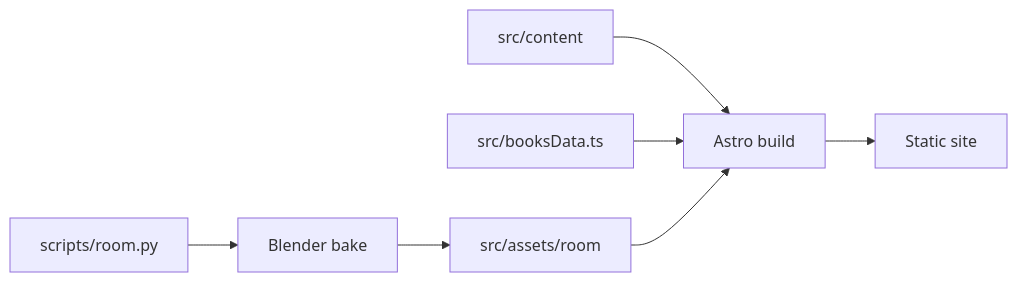
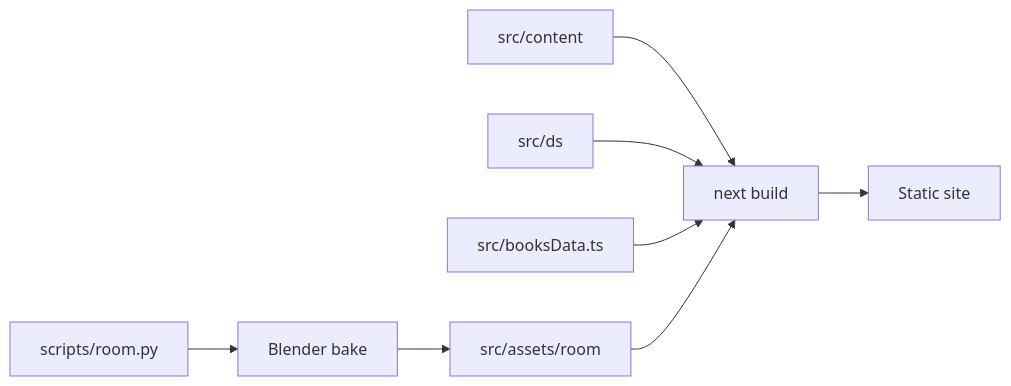
One commit to enitrat/blog changed the diagram in README.md. Above: the diagram before and after it, drawn with Mermaid. The commit also changed other lines of this file and 297 other files, not shown here.

First line of the commit message:
Migrate the site from Astro to Next.js

````diff
--- a/README.md
+++ b/README.md
@@ -7,9 +8,10 @@
 ```mermaid
 flowchart LR
-	M["src/content"] --> A["Astro build"]
+	M["src/content"] --> A["next build"]
+	D["src/ds"] --> A
 	B["src/booksData.ts"] --> A
 	P["scripts/room.py"] --> K["Blender bake"]
 	K --> G["src/assets/room"]
 	G --> A
 	A --> S["Static site"]
 ```
````
